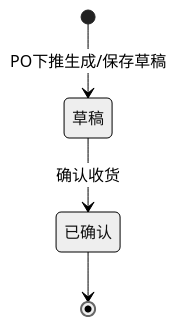
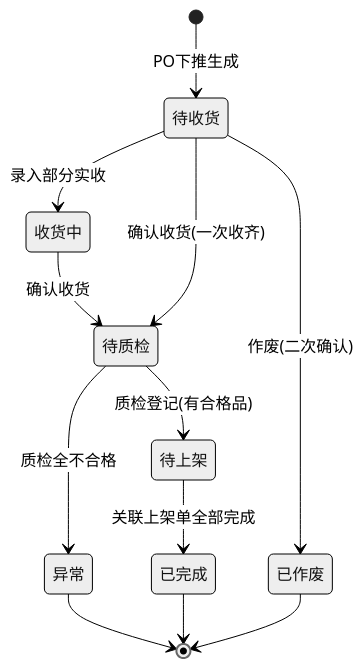
The diagram in prd-docs/入库管理/收货单/收货单主PRD.md (lophyJessica/forge-crm), drawn with Mermaid (neutral theme) before and after one commit. The commit also changed other lines of this file and 50 other files, not shown here.

````diff
--- a/prd-docs/入库管理/收货单/收货单主PRD.md
+++ b/prd-docs/入库管理/收货单/收货单主PRD.md
@@ -64,6 +62,14 @@
 ```mermaid
 stateDiagram-v2
-    [*] --> 草稿: PO下推生成/保存草稿
-    草稿 --> 已确认: 确认收货
-    已确认 --> [*]
+    [*] --> 待收货: PO下推生成
+    待收货 --> 收货中: 录入部分实收
+    待收货 --> 已作废: 作废(二次确认)
+    收货中 --> 待质检: 确认收货
+    待收货 --> 待质检: 确认收货(一次收齐)
+    待质检 --> 待上架: 质检登记(有合格品)
+    待质检 --> 异常: 质检全不合格
+    待上架 --> 已完成: 关联上架单全部完成
+    异常 --> [*]
+    已完成 --> [*]
+    已作废 --> [*]
 ```
````
